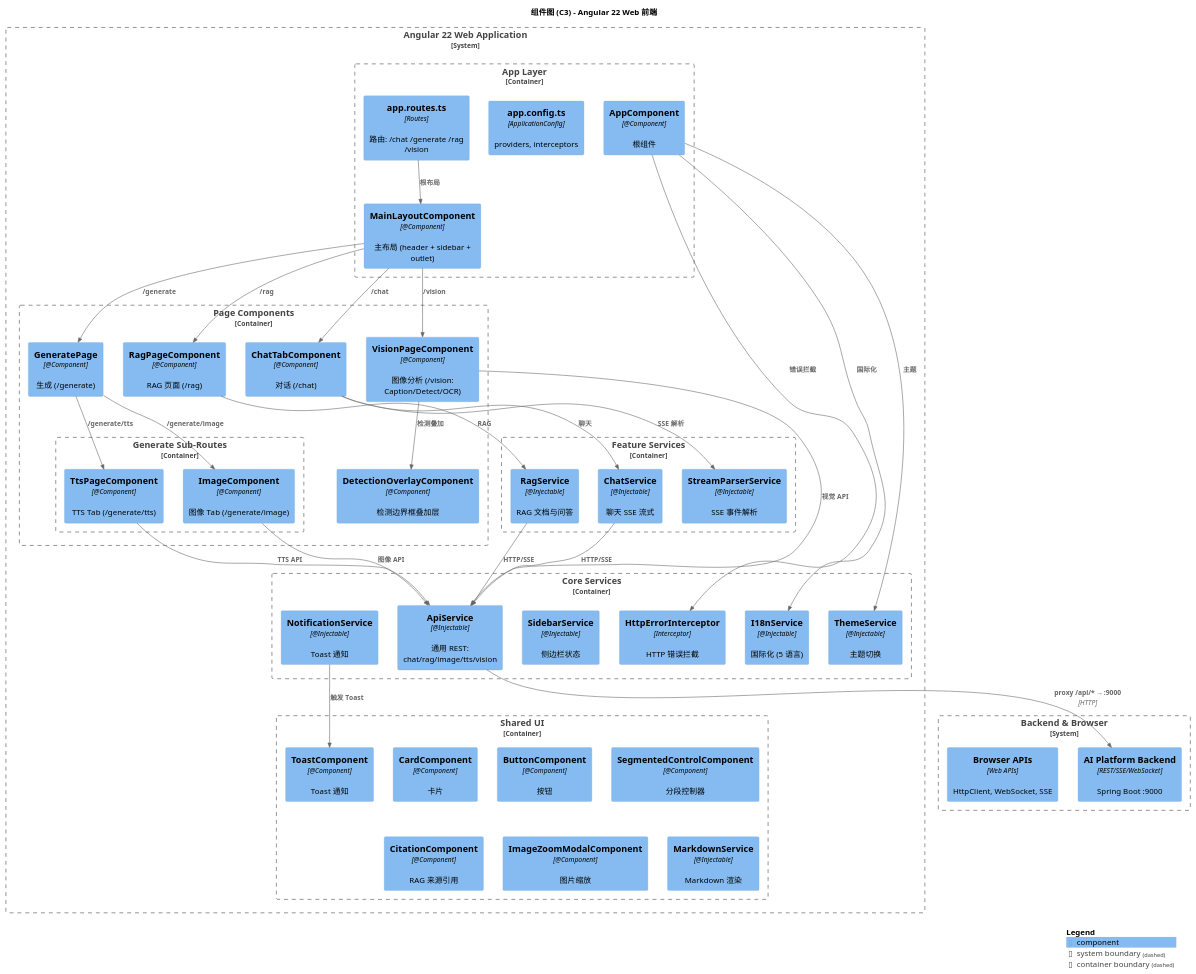
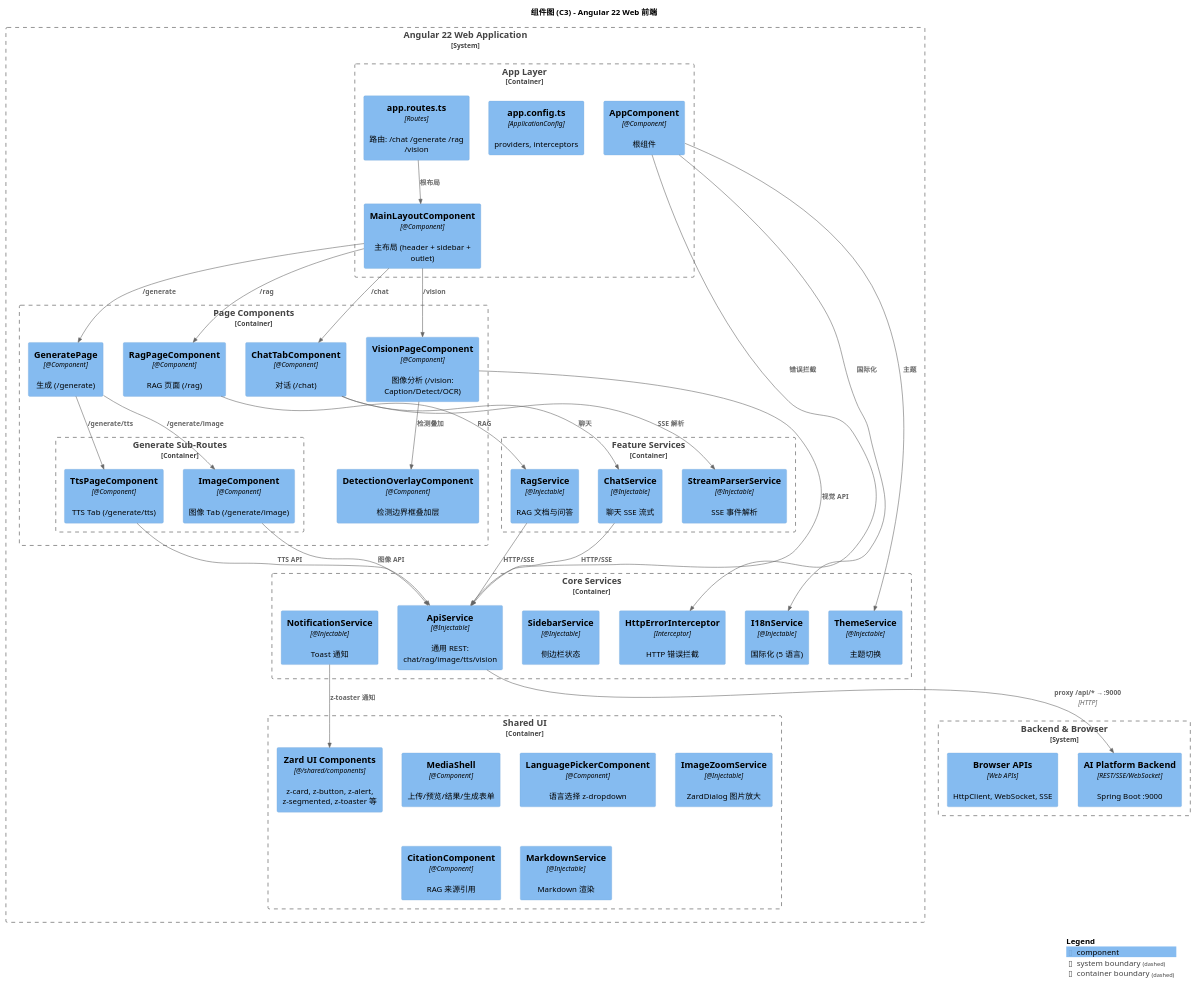
Before and after one commit to felixzhu97/explore-ai: the diagram in docs/c4/C3-Component-Frontend.puml, drawn with PlantUML. The commit also changed 155 other files, not shown here.

```diff
--- a/docs/c4/C3-Component-Frontend.puml
+++ b/docs/c4/C3-Component-Frontend.puml
@@ -1,109 +1,108 @@
 @startuml C3-Component-Frontend
 !include https://raw.githubusercontent.com/plantuml-stdlib/C4-PlantUML/master/C4_Component.puml
 
 LAYOUT_WITH_LEGEND()
 
 title 组件图 (C3) - Angular 22 Web 前端
 
 System_Boundary(frontend, "Angular 22 Web Application") {
 
     ' ============================================================
     ' APP LAYER
     ' ============================================================
     Container_Boundary(app_layer, "App Layer") {
         Component(app_root, "AppComponent", "@Component", "根组件")
         Component(main_layout, "MainLayoutComponent", "@Component", "主布局 (header + sidebar + outlet)")
         Component(app_cfg, "app.config.ts", "ApplicationConfig", "providers, interceptors")
         Component(app_routes, "app.routes.ts", "Routes", "路由: /chat /generate /rag /vision")
     }
 
     ' ============================================================
     ' PAGE COMPONENTS
     ' ============================================================
     Container_Boundary(pages, "Page Components") {
         Component(chat_tab, "ChatTabComponent", "@Component", "对话 (/chat)")
         Component(generate_page, "GeneratePage", "@Component", "生成 (/generate)")
         Container_Boundary(generate_tabs, "Generate Sub-Routes") {
             Component(tts_tab, "TtsPageComponent", "@Component", "TTS Tab (/generate/tts)")
             Component(img_tab, "ImageComponent", "@Component", "图像 Tab (/generate/image)")
         }
         Component(rag_page, "RagPageComponent", "@Component", "RAG 页面 (/rag)")
         Component(vision_page, "VisionPageComponent", "@Component", "图像分析 (/vision: Caption/Detect/OCR)")
         Component(detect_overlay, "DetectionOverlayComponent", "@Component", "检测边界框叠加层")
     }
 
     ' ============================================================
     ' FEATURE SERVICES
     ' ============================================================
     Container_Boundary(feature_services, "Feature Services") {
         Component(chat_svc, "ChatService", "@Injectable", "聊天 SSE 流式")
         Component(rag_svc, "RagService", "@Injectable", "RAG 文档与问答")
         Component(stream_parser, "StreamParserService", "@Injectable", "SSE 事件解析")
     }
 
     ' ============================================================
     ' CORE SERVICES
     ' ============================================================
     Container_Boundary(core_services, "Core Services") {
         Component(api_svc, "ApiService", "@Injectable", "通用 REST: chat/rag/image/tts/vision")
         Component(notif_svc, "NotificationService", "@Injectable", "Toast 通知")
         Component(http_err_interceptor, "HttpErrorInterceptor", "Interceptor", "HTTP 错误拦截")
         Component(sidebar_svc, "SidebarService", "@Injectable", "侧边栏状态")
         Component(i18n_svc, "I18nService", "@Injectable", "国际化 (5 语言)")
         Component(theme_svc, "ThemeService", "@Injectable", "主题切换")
     }
 
     ' ============================================================
     ' SHARED UI
     ' ============================================================
     Container_Boundary(shared_layer, "Shared UI") {
-        Component(ui_card, "CardComponent", "@Component", "卡片")
-        Component(ui_button, "ButtonComponent", "@Component", "按钮")
-        Component(ui_seg_ctrl, "SegmentedControlComponent", "@Component", "分段控制器")
+        Component(zardui, "Zard UI Components", "@/shared/components", "z-card, z-button, z-alert, z-segmented, z-toaster 等")
+        Component(media_shell, "MediaShell", "@Component", "上传/预览/结果/生成表单")
+        Component(language_picker, "LanguagePickerComponent", "@Component", "语言选择 z-dropdown")
+        Component(image_zoom_svc, "ImageZoomService", "@Injectable", "ZardDialog 图片放大")
         Component(citation_comp, "CitationComponent", "@Component", "RAG 来源引用")
-        Component(toast_comp, "ToastComponent", "@Component", "Toast 通知")
-        Component(img_zoom, "ImageZoomModalComponent", "@Component", "图片缩放")
         Component(markdown_svc, "MarkdownService", "@Injectable", "Markdown 渲染")
     }
 }
 
 ' ============================================================
 ' EXTERNAL
 ' ============================================================
 System_Boundary(external, "Backend & Browser") {
     Component(backend_api, "AI Platform Backend", "REST/SSE/WebSocket", "Spring Boot :9000")
     Component(browser_apis, "Browser APIs", "Web APIs", "HttpClient, WebSocket, SSE")
 }
 
 ' ============================================================
 ' ROUTES
 ' ============================================================
 Rel(app_routes, main_layout, "根布局")
 Rel(main_layout, chat_tab, "/chat")
 Rel(main_layout, generate_page, "/generate")
 Rel(main_layout, rag_page, "/rag")
 Rel(main_layout, vision_page, "/vision")
 Rel(generate_page, tts_tab, "/generate/tts")
 Rel(generate_page, img_tab, "/generate/image")
 
 ' ============================================================
 ' SERVICE RELATIONSHIPS
 ' ============================================================
 Rel(chat_tab, chat_svc, "聊天")
 Rel(chat_tab, stream_parser, "SSE 解析")
 Rel(rag_page, rag_svc, "RAG")
 Rel(tts_tab, api_svc, "TTS API")
 Rel(img_tab, api_svc, "图像 API")
 Rel(vision_page, api_svc, "视觉 API")
 Rel(vision_page, detect_overlay, "检测叠加")
 
 Rel(chat_svc, api_svc, "HTTP/SSE")
 Rel(rag_svc, api_svc, "HTTP/SSE")
 Rel(api_svc, backend_api, "proxy /api/* → :9000", "HTTP")
-Rel(notif_svc, toast_comp, "触发 Toast")
+Rel(notif_svc, zardui, "z-toaster 通知")
 Rel(app_root, theme_svc, "主题")
 Rel(app_root, i18n_svc, "国际化")
 Rel(app_root, http_err_interceptor, "错误拦截")
 
 SHOW_LEGEND()
 @enduml
```
